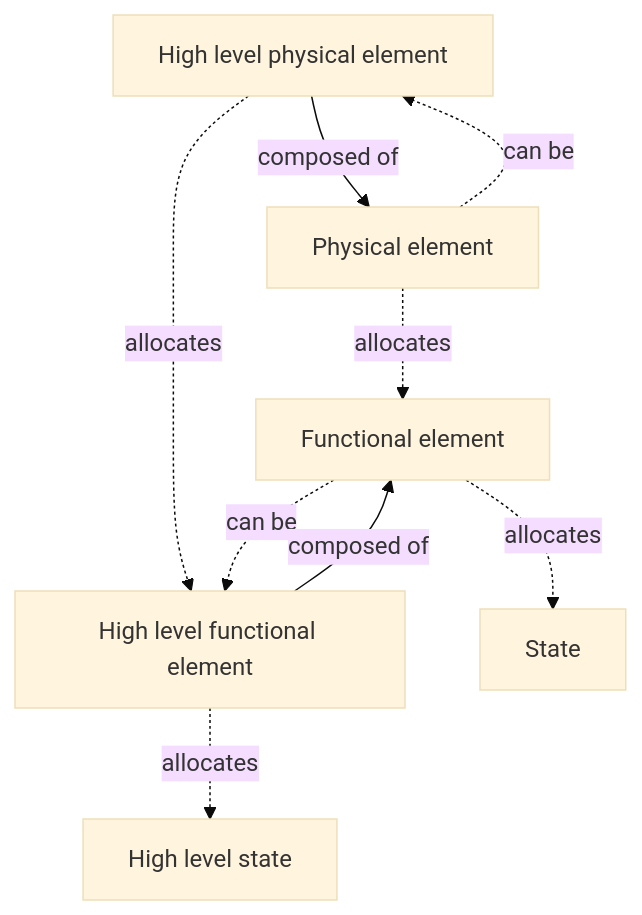
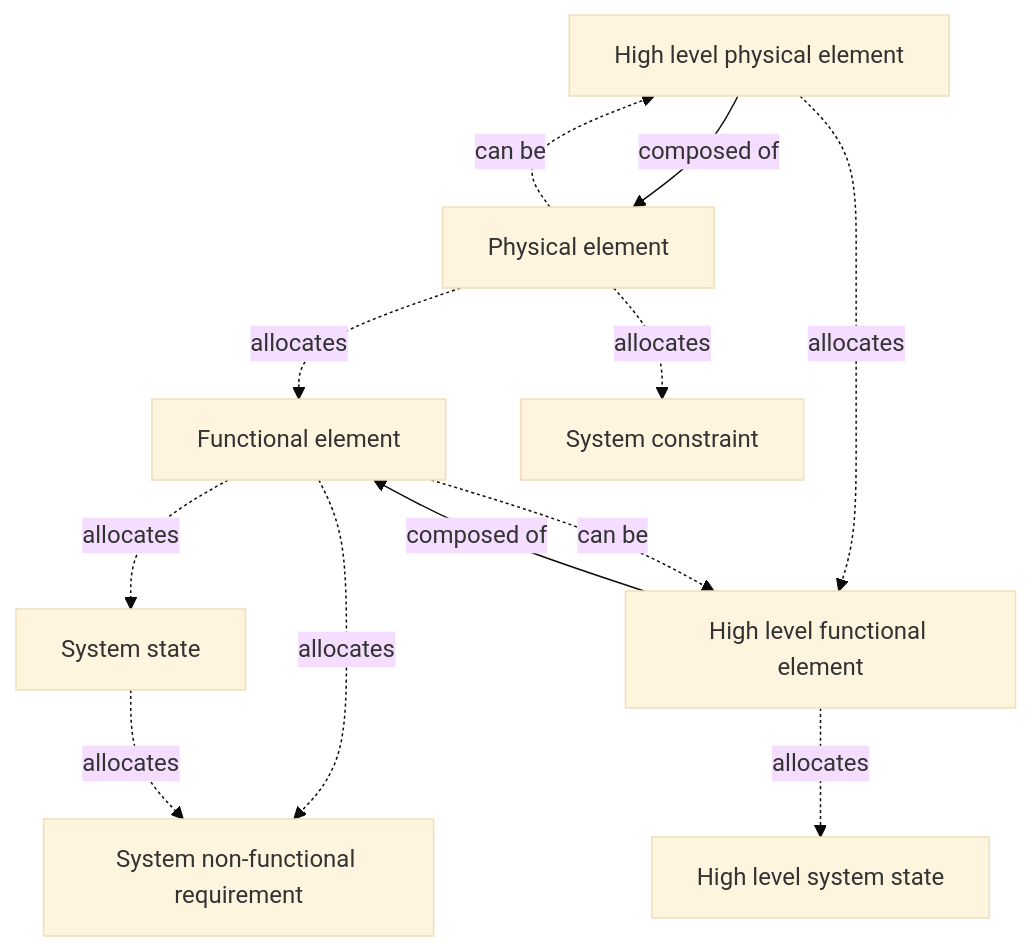
Before and after one commit to 3se-framework/3se-onto: the fifth of 12 diagrams in glossary.md, drawn with Mermaid (base theme). The commit also changed other lines of this file, not shown here.

````diff
--- a/glossary.md
+++ b/glossary.md
@@ -1596,18 +1918,23 @@
 ```mermaid
 flowchart TD
     N1["High level physical element"]
     N2["Physical element"]
     N3["High level functional element"]
     N4["Functional element"]
-    N5["State"]
-    N6["High level state"]
+    N5["System constraint"]
+    N6["System state"]
+    N7["System non-functional requirement"]
+    N8["High level system state"]
 
     N1 -->|composed of| N2
     N1 -.->|allocates| N3
     N2 -.->|allocates| N4
+    N2 -.->|allocates| N5
     N2 -.->|can be| N1
-    N4 -.->|allocates| N5
+    N4 -.->|allocates| N6
+    N4 -.->|allocates| N7
     N4 -.->|can be| N3
     N3 -->|composed of| N4
-    N3 -.->|allocates| N6
+    N3 -.->|allocates| N8
+    N6 -.->|allocates| N7
 ```
````
